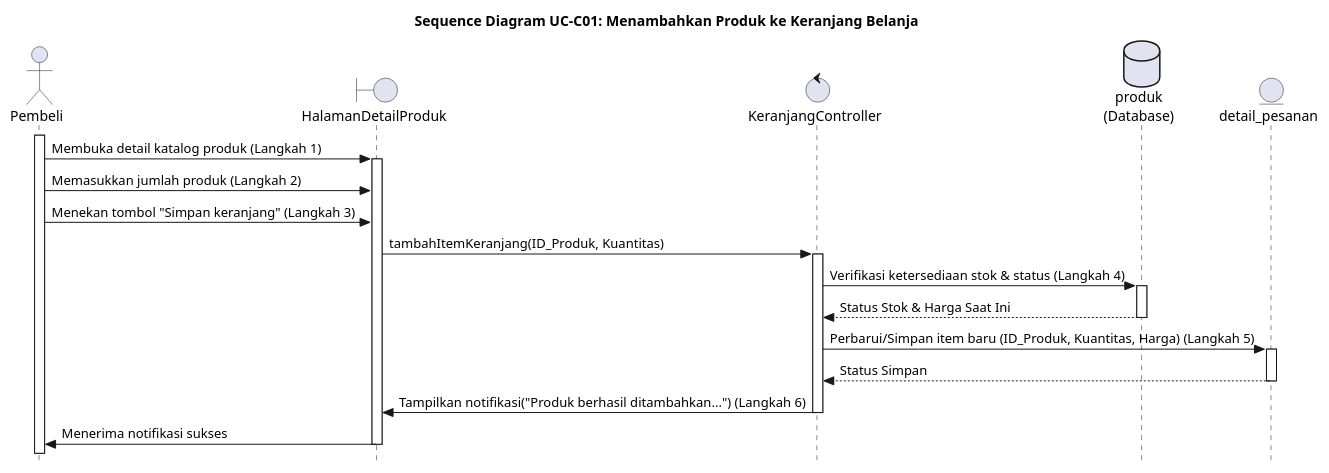
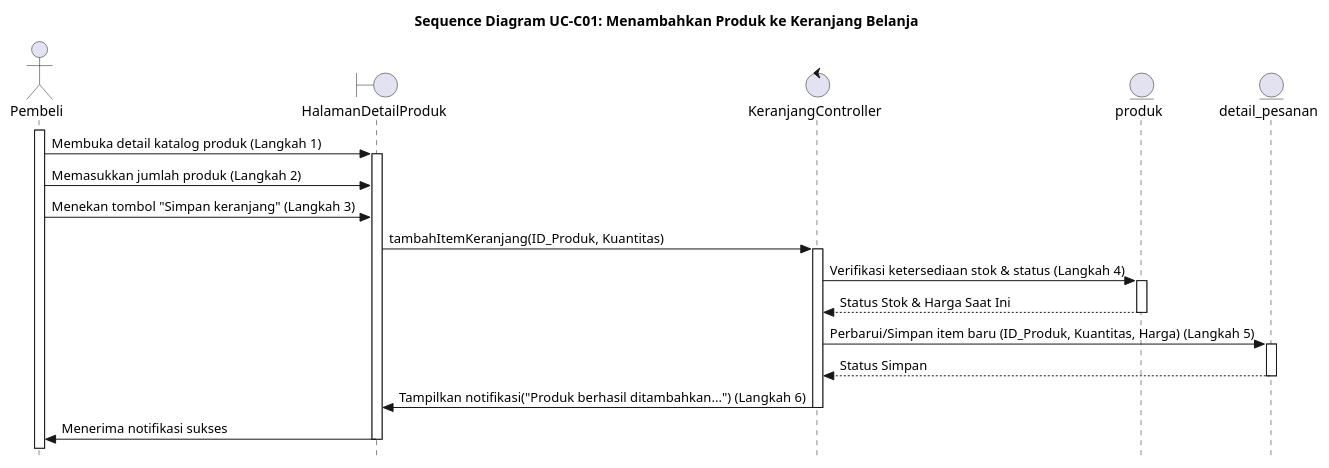
One commit to alfiahnurfa/RSI-PROYEK-AKHIR-SEQUENCE changed the diagram in UC-C01.PUML. Above: the diagram before and after it, drawn with PlantUML. The commit also changed 6 other files, not shown here.

```diff
--- a/UC-C01.PUML
+++ b/UC-C01.PUML
@@ -1,60 +1,60 @@
 @startuml SD-UC-C01_TambahKeranjang
 title Sequence Diagram UC-C01: Menambahkan Produk ke Keranjang Belanja
 skinparam style strictuml
 
 actor Pembeli
 boundary HalamanDetailProduk
 control KeranjangController
-database produk as "produk\n(Database)"
+entity produk
 entity detail_pesanan
 ' box "Sistem Transaksi"
 '     participant HalamanDetailProduk
 '     participant KeranjangController
 ' end box
 
 activate Pembeli
 Pembeli -> HalamanDetailProduk : Membuka detail katalog produk (Langkah 1)
 activate HalamanDetailProduk
 
 Pembeli -> HalamanDetailProduk : Memasukkan jumlah produk (Langkah 2)
 
 Pembeli -> HalamanDetailProduk : Menekan tombol "Simpan keranjang" (Langkah 3)
 
 HalamanDetailProduk -> KeranjangController : tambahItemKeranjang(ID_Produk, Kuantitas)
 activate KeranjangController
 
 KeranjangController -> produk : Verifikasi ketersediaan stok & status (Langkah 4)
 activate produk
 return Status Stok & Harga Saat Ini
 
 KeranjangController -> detail_pesanan : Perbarui/Simpan item baru (ID_Produk, Kuantitas, Harga) (Langkah 5)
 activate detail_pesanan
 return Status Simpan
 deactivate detail_pesanan
 
 KeranjangController -> HalamanDetailProduk : Tampilkan notifikasi("Produk berhasil ditambahkan...") (Langkah 6)
 deactivate KeranjangController
 
 HalamanDetailProduk -> Pembeli : Menerima notifikasi sukses
 
 ' alt Stok Tidak Mencukupi (Alternative Flow 4.a)
 '     note over KeranjangController
 '         Kuantitas diminta > Stok Tersedia
 '     end note
 '     KeranjangController -> HalamanDetailProduk : Tampilkan notifikasi("Gagal: Stok Produk Tidak Mencukupi") (Langkah 4.b)
 '     deactivate KeranjangController
     
 '     HalamanDetailProduk -> Pembeli : Menerima notifikasi gagal
     
 '     note over Pembeli, HalamanDetailProduk
 '         Mengubah jumlah produk (Langkah 4.c)
 '         Kembali ke Langkah 2 (Langkah 4.d)
 '     end note
 ' else Stok Mencukupi (Main Flow)
 
 ' end alt
 
 deactivate HalamanDetailProduk
 deactivate produk
 
 @enduml
```
